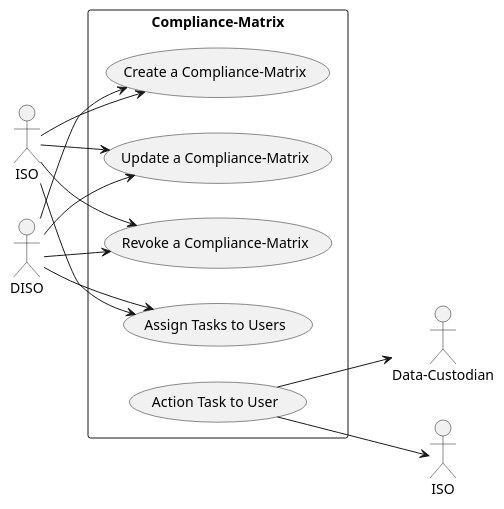
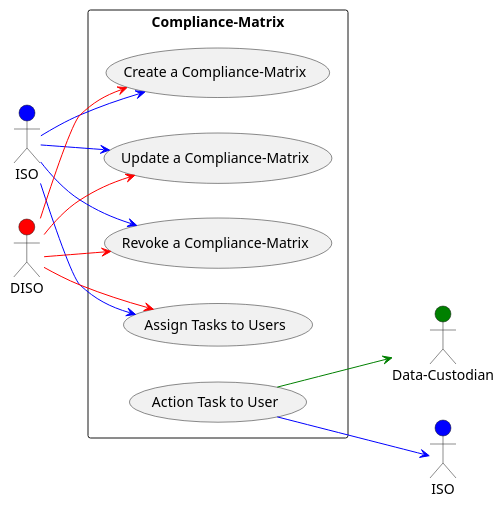
One commit to COS301-SE-2023/InfoSafe changed the diagram in Documentation/Diagrams/Compliance-Matrix.puml. Above: the diagram before and after it, drawn with PlantUML.

Commit message:
Update compliance matrix diagram

```diff
--- a/Documentation/Diagrams/Compliance-Matrix.puml
+++ b/Documentation/Diagrams/Compliance-Matrix.puml
@@ -1,23 +1,24 @@
 @startuml
 left to right direction
-actor "Data-Custodian" as dc
-actor "ISO" as iso
-actor "DISO" as diso
+actor "Data-Custodian" as dc #green
+actor "ISO" as iso #blue
+actor "ISO" as iso2 #blue
+actor "DISO" as diso #red
 rectangle Compliance-Matrix {
   usecase "Create a Compliance-Matrix" as UC1
   usecase "Update a Compliance-Matrix" as UC2
   usecase "Revoke a Compliance-Matrix" as UC3
   usecase "Assign Tasks to Users" as UC4
   usecase "Action Task to User" as UC5
 }
-iso --> UC1
-iso --> UC2
-iso --> UC3
-iso --> UC4
-diso --> UC1
-diso --> UC2
-diso --> UC3
-diso --> UC4
-UC5 --> dc
-UC5 --> "ISO"
+iso -[#blue]-> UC1
+iso -[#blue]-> UC2
+iso -[#blue]-> UC3
+iso -[#blue]-> UC4
+diso -[#red]-> UC1
+diso -[#red]-> UC2
+diso -[#red]-> UC3
+diso -[#red]-> UC4
+UC5 -[#green]-> dc
+UC5 -[#blue]-> iso2
 @enduml
```
